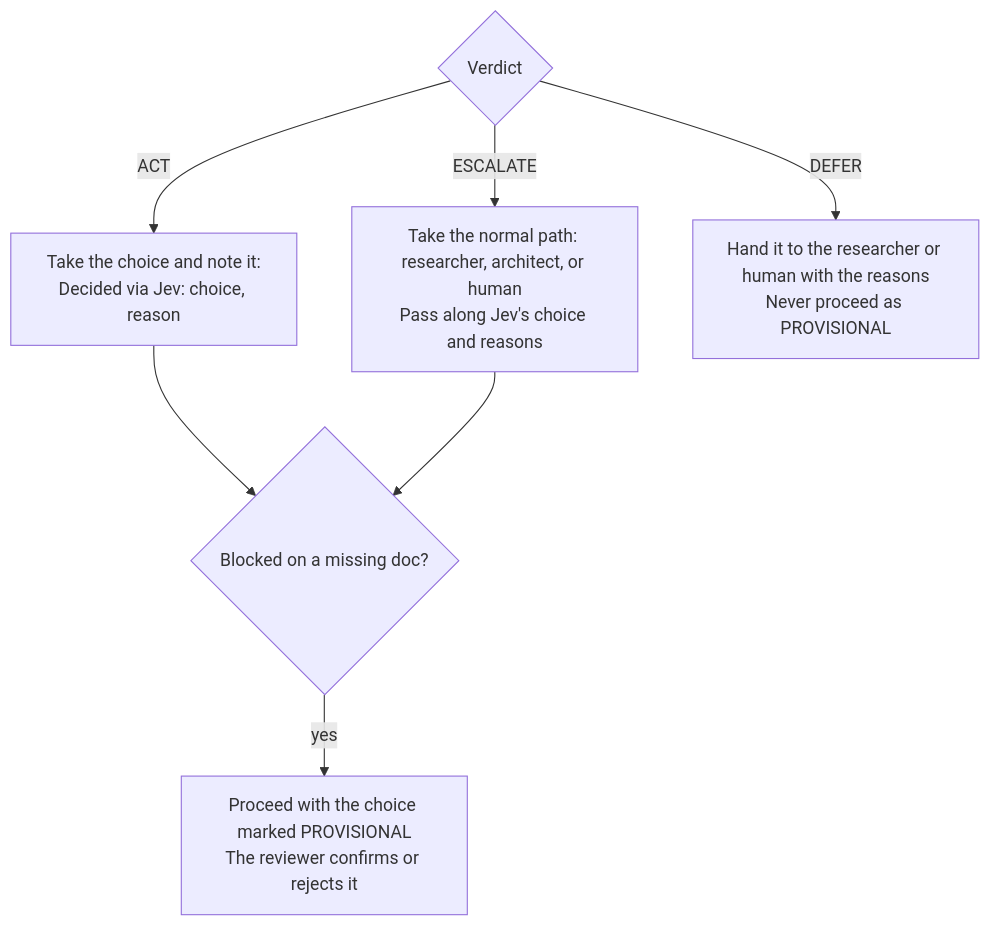
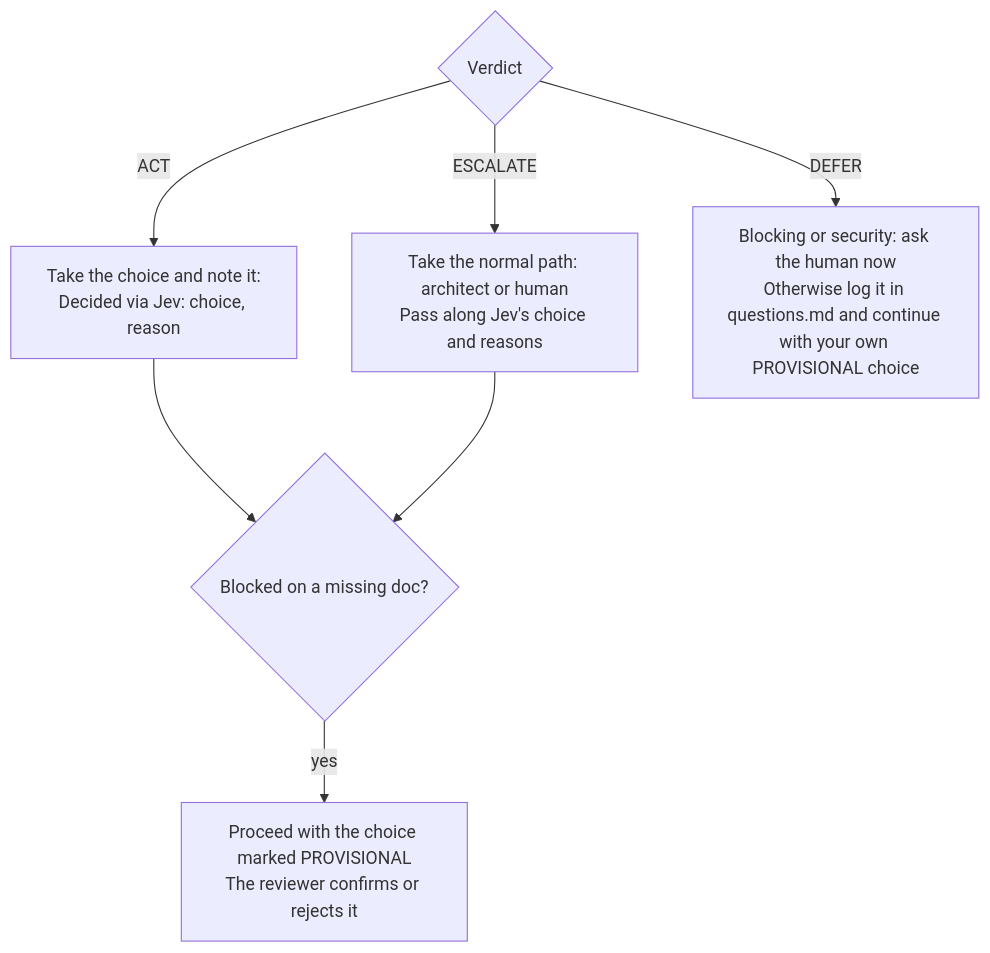
Before and after one commit to inf0rmer/agentic-workflow: the first of 2 diagrams in docs/decisions-with-jev.md, drawn with Mermaid. The commit also changed 6 other files, not shown here.

````diff
--- a/docs/decisions-with-jev.md
+++ b/docs/decisions-with-jev.md
@@ -94,9 +94,9 @@
 ```mermaid
 flowchart TD
     V{"Verdict"} -->|"ACT"| A["Take the choice and note it:<br/>Decided via Jev: choice, reason"]
-    V -->|"ESCALATE"| E["Take the normal path: researcher, architect, or human<br/>Pass along Jev's choice and reasons"]
-    V -->|"DEFER"| D["Hand it to the researcher or human with the reasons<br/>Never proceed as PROVISIONAL"]
+    V -->|"ESCALATE"| E["Take the normal path: architect or human<br/>Pass along Jev's choice and reasons"]
+    V -->|"DEFER"| D["Blocking or security: ask the human now<br/>Otherwise log it in questions.md and continue with your own PROVISIONAL choice"]
     A --> P{"Blocked on a missing doc?"}
     E --> P
     P -->|"yes"| PR["Proceed with the choice marked PROVISIONAL<br/>The reviewer confirms or rejects it"]
 ```
````
